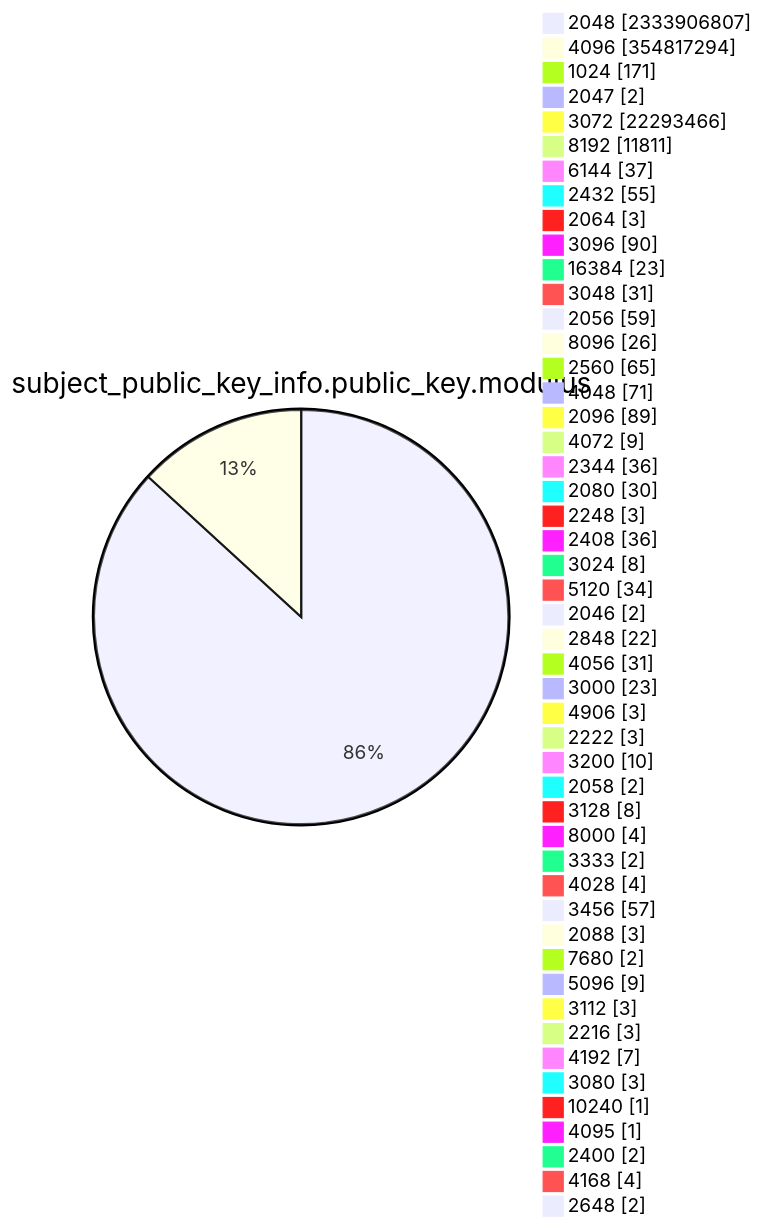
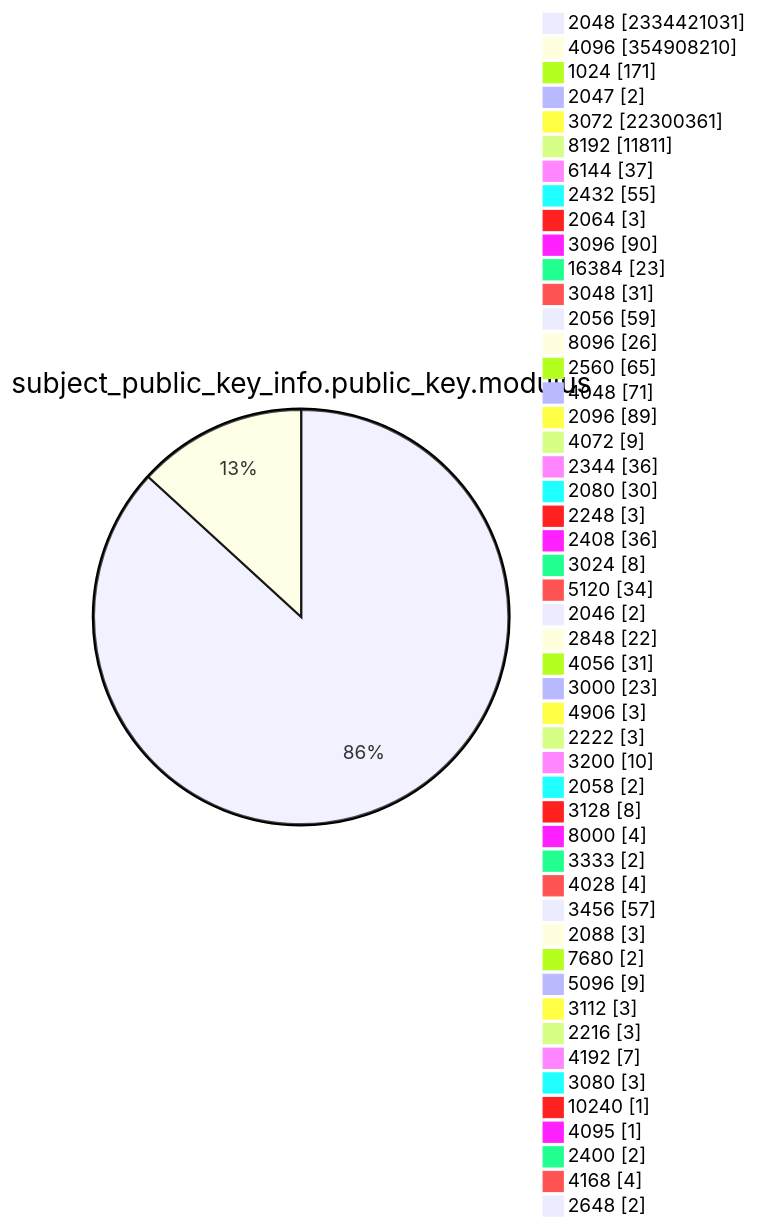
One commit to christiankrug/ctmonitor_visualization changed diagram 13 of 15 in TOTAL/README.md. Above: the diagram before and after it, drawn with Mermaid. The commit also changed other lines of this file, not shown here.

````diff
--- a/TOTAL/README.md
+++ b/TOTAL/README.md
@@ -4167,53 +4167,53 @@
 ```mermaid
 pie showData
 title subject_public_key_info.public_key.modulus
-"2048" :2333906807
-"4096" :354817294
+"2048" :2334421031
+"4096" :354908210
 "1024" :171
 "2047" :2
-"3072" :22293466
+"3072" :22300361
 "8192" :11811
 "6144" :37
 "2432" :55
 "2064" :3
 "3096" :90
 "16384" :23
 "3048" :31
 "2056" :59
 "8096" :26
 "2560" :65
 "4048" :71
 "2096" :89
 "4072" :9
 "2344" :36
 "2080" :30
 "2248" :3
 "2408" :36
 "3024" :8
 "5120" :34
 "2046" :2
 "2848" :22
 "4056" :31
 "3000" :23
 "4906" :3
 "2222" :3
 "3200" :10
 "2058" :2
 "3128" :8
 "8000" :4
 "3333" :2
 "4028" :4
 "3456" :57
 "2088" :3
 "7680" :2
 "5096" :9
 "3112" :3
 "2216" :3
 "4192" :7
 "3080" :3
 "10240" :1
 "4095" :1
 "2400" :2
 "4168" :4
 "2648" :2
 ```
````
